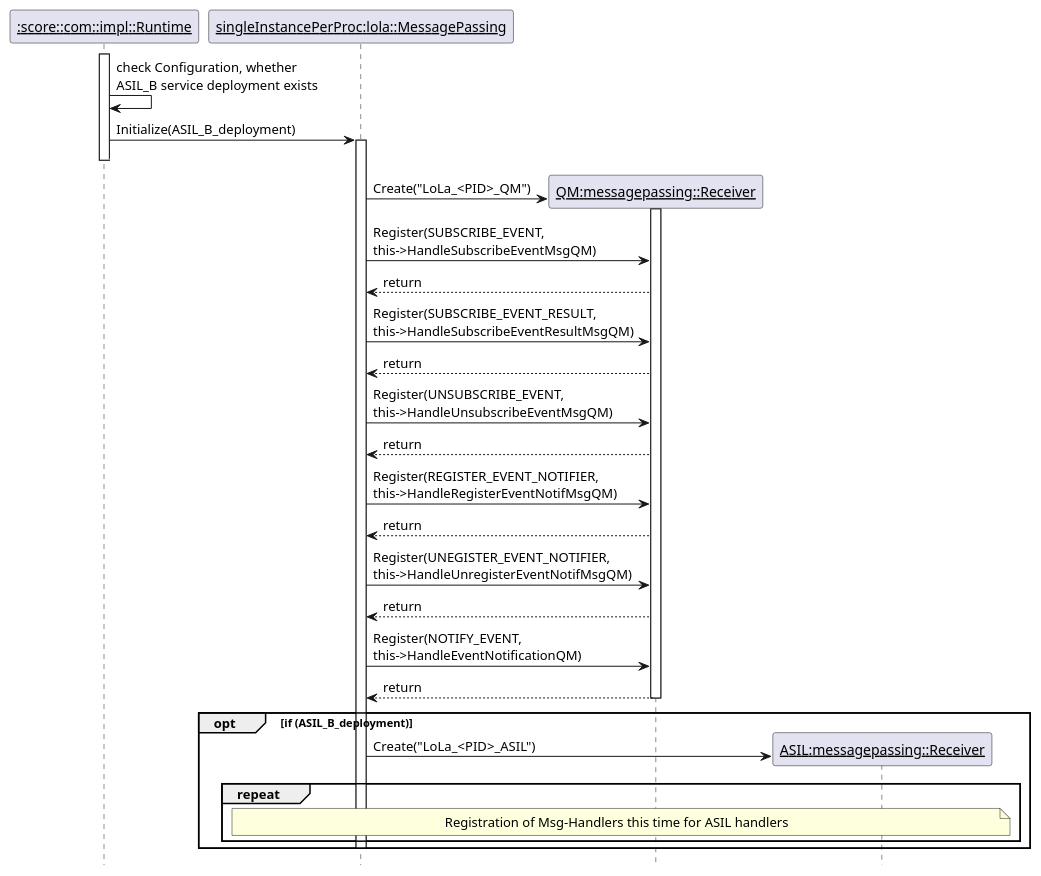
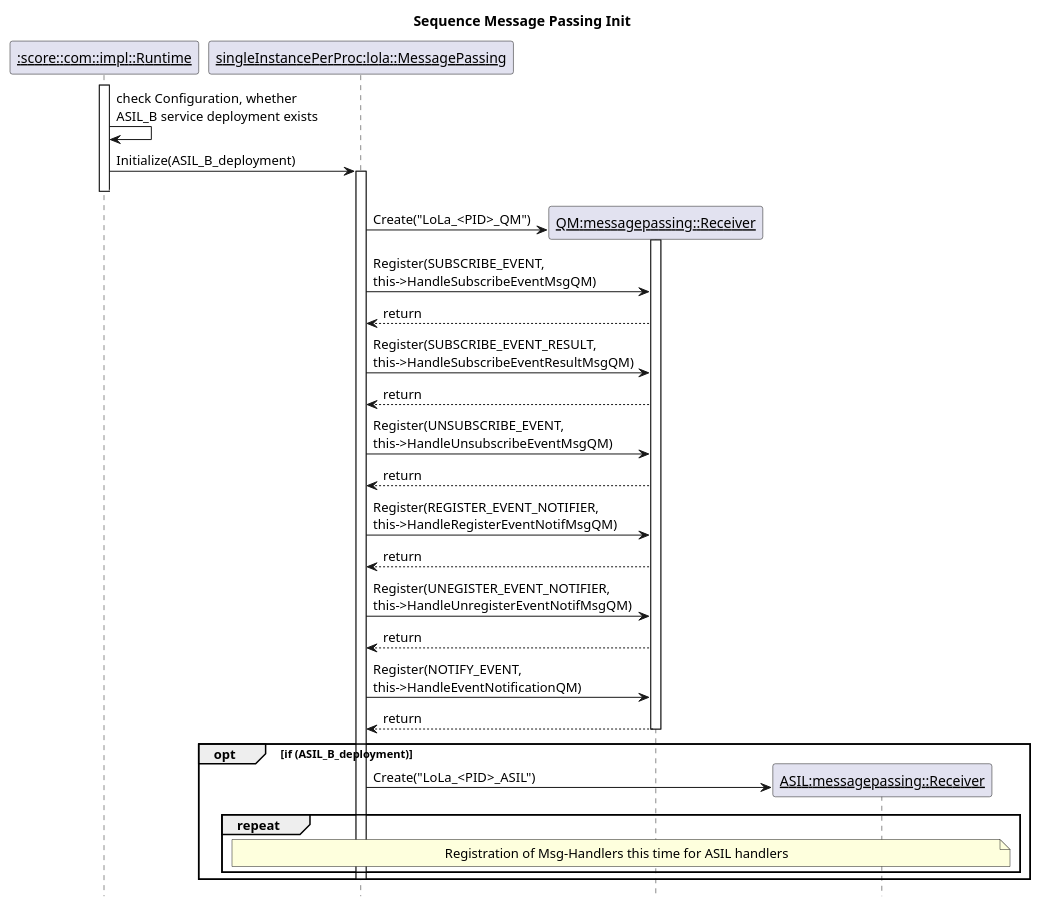
Before and after one commit to eclipse-score/communication: the diagram in score/mw/com/design/events_fields/lola_msg_pass_initialize_seq.puml, drawn with PlantUML. The commit also changed 4 other files, not shown here.

```diff
--- a/score/mw/com/design/events_fields/lola_msg_pass_initialize_seq.puml
+++ b/score/mw/com/design/events_fields/lola_msg_pass_initialize_seq.puml
@@ -1,50 +1,50 @@
 @startuml lola_msg_pass_initialize_seq
-
+title "Sequence Message Passing Init"
 hide footbox
 
 participant "<u>:score::com::impl::Runtime</u>" as Runtime
 participant "<u>singleInstancePerProc:lola::MessagePassing</u>" as MessagePassing
 participant "<u>QM:messagepassing::Receiver</u>" as QMReceiver
 participant "<u>ASIL:messagepassing::Receiver</u>" as ASILReceiver
 
 activate Runtime
 Runtime -> Runtime: check Configuration, whether\nASIL_B service deployment exists
 Runtime -> MessagePassing: Initialize(ASIL_B_deployment)
 activate MessagePassing
 Runtime -[#white]> Runtime
 deactivate Runtime
 
 create QMReceiver
 MessagePassing -> QMReceiver: Create("LoLa_<PID>_QM")
 activate QMReceiver
 
 MessagePassing -> QMReceiver: Register(SUBSCRIBE_EVENT,\nthis->HandleSubscribeEventMsgQM)
 QMReceiver --> MessagePassing: return
 
 MessagePassing -> QMReceiver: Register(SUBSCRIBE_EVENT_RESULT,\nthis->HandleSubscribeEventResultMsgQM)
 QMReceiver --> MessagePassing: return
 
 MessagePassing -> QMReceiver: Register(UNSUBSCRIBE_EVENT,\nthis->HandleUnsubscribeEventMsgQM)
 QMReceiver --> MessagePassing: return
 
 MessagePassing -> QMReceiver: Register(REGISTER_EVENT_NOTIFIER,\nthis->HandleRegisterEventNotifMsgQM)
 QMReceiver --> MessagePassing: return
 
 MessagePassing -> QMReceiver: Register(UNEGISTER_EVENT_NOTIFIER,\nthis->HandleUnregisterEventNotifMsgQM)
 QMReceiver --> MessagePassing: return
 
 MessagePassing -> QMReceiver: Register(NOTIFY_EVENT,\nthis->HandleEventNotificationQM)
 QMReceiver --> MessagePassing: return
 deactivate QMReceiver
 
 opt if (ASIL_B_deployment)
     create ASILReceiver
     MessagePassing -> ASILReceiver: Create("LoLa_<PID>_ASIL")
 
     group repeat
         note over MessagePassing, ASILReceiver: Registration of Msg-Handlers this time for ASIL handlers
     end
     deactivate MessagePassing
 end
 
 @enduml
```
